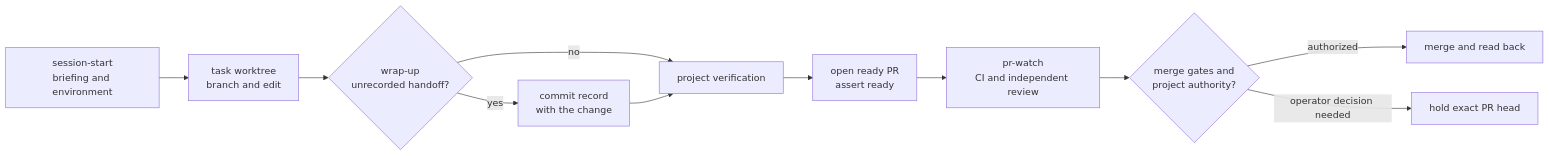
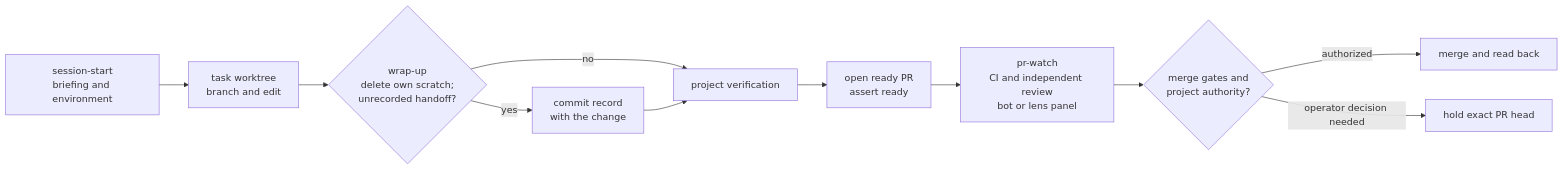
One commit to topij/agentic-dev-kit changed the diagram in docs/developer-guide.md. Above: the diagram before and after it, drawn with Mermaid. The commit also changed other lines of this file and 6 other files, not shown here.

First line of the commit message:
docs: bring reader guides and diagrams up to date with recent lane, review and cleanup work

````diff
--- a/docs/developer-guide.md
+++ b/docs/developer-guide.md
@@ -70,13 +70,13 @@
 ```mermaid
 flowchart LR
     Brief["session-start<br/>briefing and environment"] --> Task["task worktree<br/>branch and edit"]
-    Task --> Wrap{"wrap-up<br/>unrecorded handoff?"}
+    Task --> Wrap{"wrap-up<br/>delete own scratch;<br/>unrecorded handoff?"}
     Wrap -->|yes| Record["commit record<br/>with the change"]
     Wrap -->|no| Verify
     Record --> Verify["project verification"]
     Verify --> PR["open ready PR<br/>assert ready"]
-    PR --> Watch["pr-watch<br/>CI and independent review"]
+    PR --> Watch["pr-watch<br/>CI and independent review<br/>bot or lens panel"]
     Watch --> Authority{"merge gates and<br/>project authority?"}
     Authority -->|authorized| Merge["merge and read back"]
     Authority -->|operator decision needed| Hold["hold exact PR head"]
 ```
````
